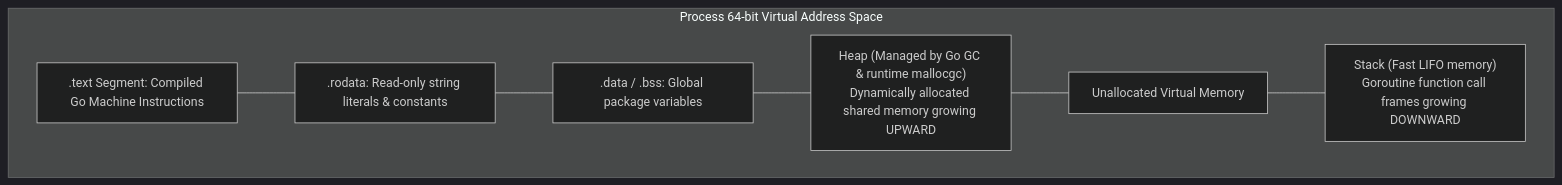
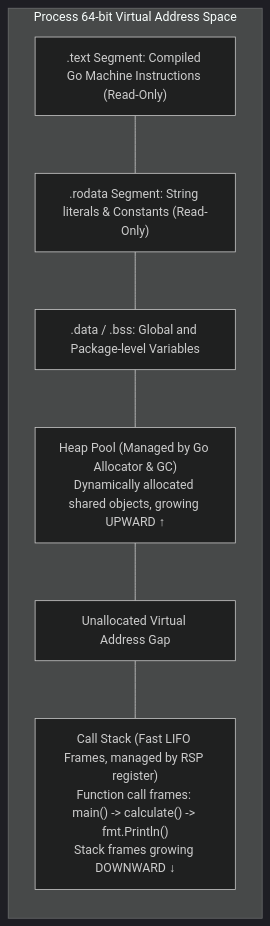
The diagram in curriculum/modules/01-computers-terminal-git-web/08-memory-preview-stack-vs-heap/README.md (swe-labs/the-go-engineer), drawn with Mermaid (dark theme) before and after one commit. The commit also changed other lines of this file and 25 other files, not shown here.

````diff
--- a/curriculum/modules/01-computers-terminal-git-web/08-memory-preview-stack-vs-heap/README.md
+++ b/curriculum/modules/01-computers-terminal-git-web/08-memory-preview-stack-vs-heap/README.md
@@ -17,18 +23,20 @@
 ```mermaid
 flowchart TD
     subgraph VirtualMemory["Process 64-bit Virtual Address Space"]
-        TEXT[".text Segment: Compiled Go Machine Instructions"]
-        RODATA[".rodata: Read-only string literals & constants"]
-        DATA[".data / .bss: Global package variables"]
+        direction TB
+        TEXT[".text Segment: Compiled Go Machine Instructions (Read-Only)"]
+        RODATA[".rodata Segment: String literals & Constants (Read-Only)"]
+        DATA[".data / .bss: Global and Package-level Variables"]
         
-        HEAP["Heap (Managed by Go GC & runtime mallocgc)
-Dynamically allocated shared memory growing UPWARD"]
+        HEAP["Heap Pool (Managed by Go Allocator & GC)
+Dynamically allocated shared objects, growing UPWARD ↑"]
         
-        FREE["Unallocated Virtual Memory"]
+        FREE["Unallocated Virtual Address Gap"]
         
-        STACK["Stack (Fast LIFO memory)
-Goroutine function call frames growing DOWNWARD"]
+        STACK["Call Stack (Fast LIFO Frames, managed by RSP register)
+Function call frames: main() -> calculate() -> fmt.Println()
+Stack frames growing DOWNWARD ↓"]
     end
 
     TEXT --- RODATA --- DATA --- HEAP --- FREE --- STACK
 ```
````
